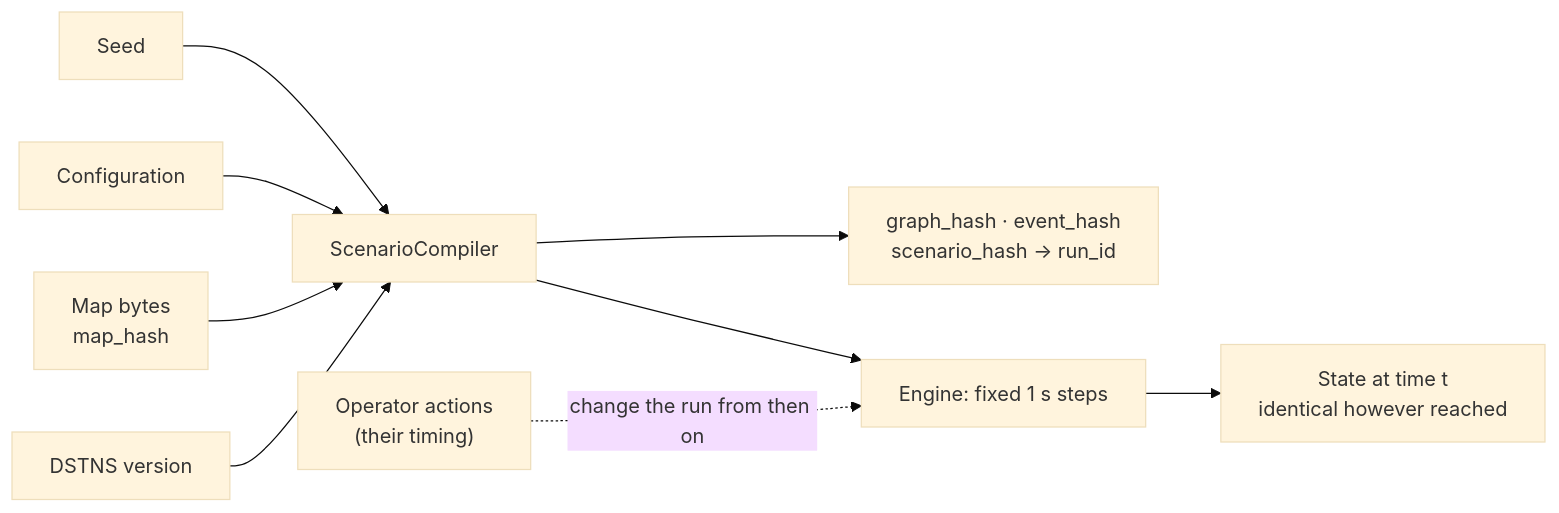
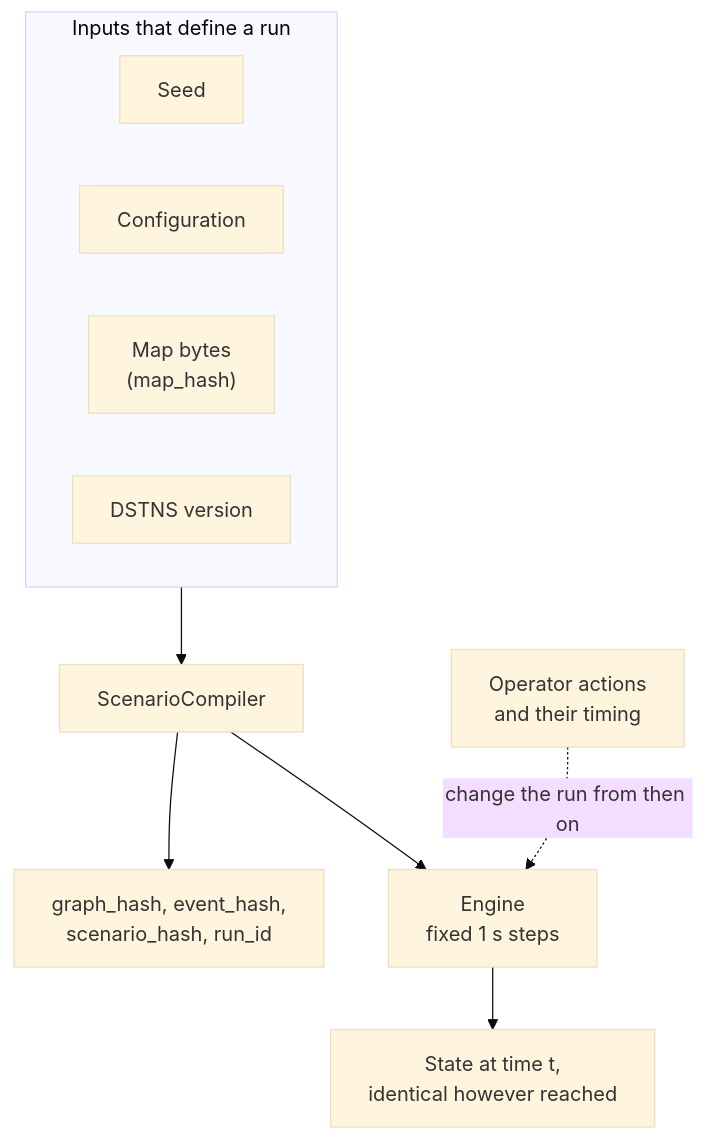
Before and after one commit to varunkarthic/DSTNS: the diagram in docs/concepts/reproducibility.md, drawn with Mermaid (base theme). The commit also changed 6 other files, not shown here.

First line of the commit message:
docs: replace text-box diagrams with Mermaid; untangle the lifecycle, ladder and sequence diagrams

````diff
--- a/docs/concepts/reproducibility.md
+++ b/docs/concepts/reproducibility.md
@@ -21,11 +21,15 @@
 ```mermaid
-flowchart LR
-    Seed["Seed"] --> Compile
-    Config["Configuration"] --> Compile
-    Map["Map bytes<br/>map_hash"] --> Compile
-    Version["DSTNS version"] --> Compile
-    Compile["ScenarioCompiler"] --> Hashes["graph_hash · event_hash<br/>scenario_hash → run_id"]
-    Compile --> Engine["Engine: fixed 1 s steps"]
-    Engine --> State["State at time t<br/>identical however reached"]
-    Ops["Operator actions<br/>(their timing)"] -. "change the run from then on" .-> Engine
+flowchart TD
+    subgraph IN["Inputs that define a run"]
+        direction LR
+        Seed["Seed"]
+        Config["Configuration"]
+        Map["Map bytes<br/>(map_hash)"]
+        Version["DSTNS version"]
+    end
+    IN --> Compile["ScenarioCompiler"]
+    Compile --> Hashes["graph_hash, event_hash,<br/>scenario_hash, run_id"]
+    Compile --> Engine["Engine<br/>fixed 1 s steps"]
+    Ops["Operator actions<br/>and their timing"] -. "change the run from then on" .-> Engine
+    Engine --> State["State at time t,<br/>identical however reached"]
 ```
````
